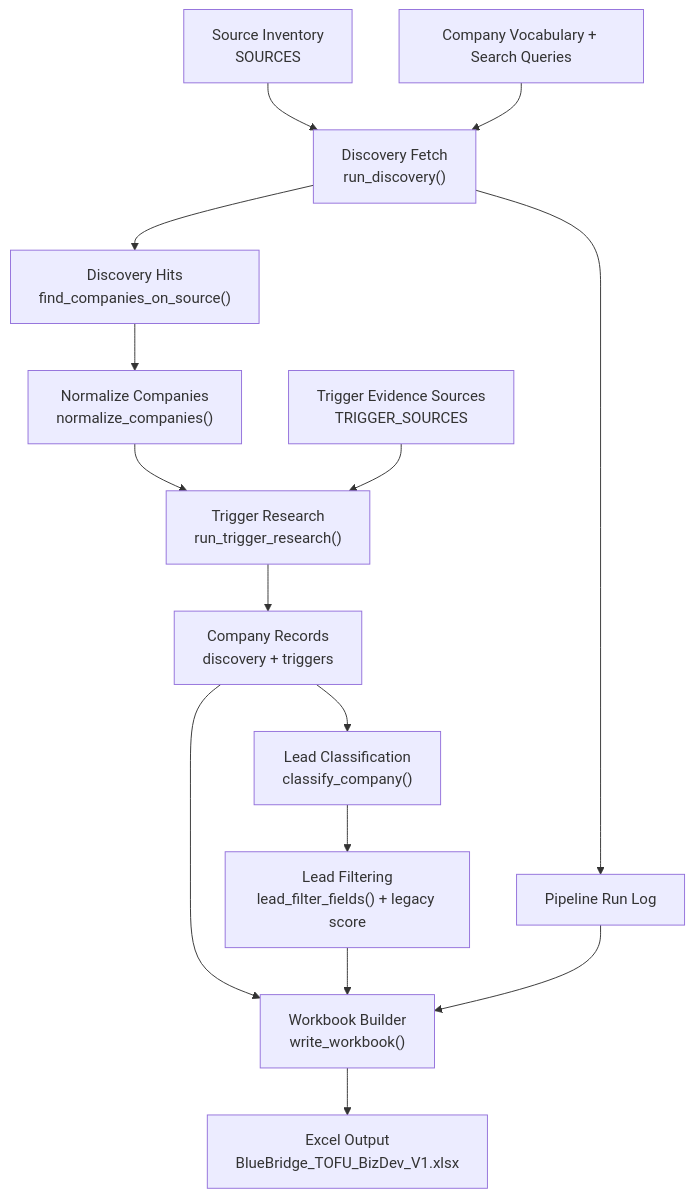
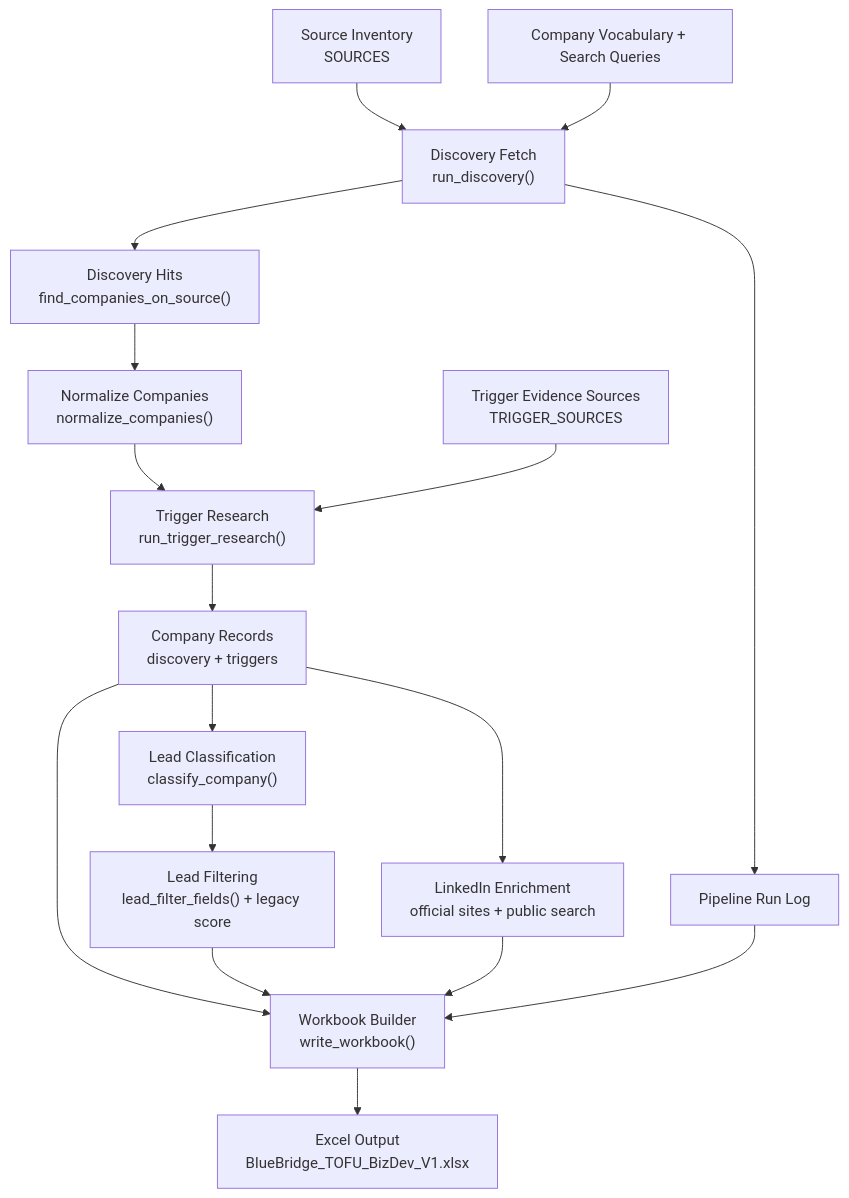
One commit to caffreit/BBT_bizdev changed the diagram in PIPELINE_EXPLAINER.md. Above: the diagram before and after it, drawn with Mermaid. The commit also changed other lines of this file and 15649 other files, not shown here.

Commit message:
Add LinkedIn enrichment and accelerator parsing

````diff
--- a/PIPELINE_EXPLAINER.md
+++ b/PIPELINE_EXPLAINER.md
@@ -5,17 +5,19 @@
 ```mermaid
 flowchart TD
     A["Source Inventory<br/>SOURCES"] --> B["Discovery Fetch<br/>run_discovery()"]
     C["Company Vocabulary + Search Queries"] --> B
     B --> D["Discovery Hits<br/>find_companies_on_source()"]
     B --> E["Pipeline Run Log"]
     D --> F["Normalize Companies<br/>normalize_companies()"]
     F --> G["Trigger Research<br/>run_trigger_research()"]
     H["Trigger Evidence Sources<br/>TRIGGER_SOURCES"] --> G
     G --> I["Company Records<br/>discovery + triggers"]
+    I --> N["LinkedIn Enrichment<br/>official sites + public search"]
     I --> J["Lead Classification<br/>classify_company()"]
     J --> M["Lead Filtering<br/>lead_filter_fields() + legacy score"]
     I --> K["Workbook Builder<br/>write_workbook()"]
     M --> K
+    N --> K
     E --> K
     K --> L["Excel Output<br/>BlueBridge_TOFU_BizDev_V1.xlsx"]
 ```
````
